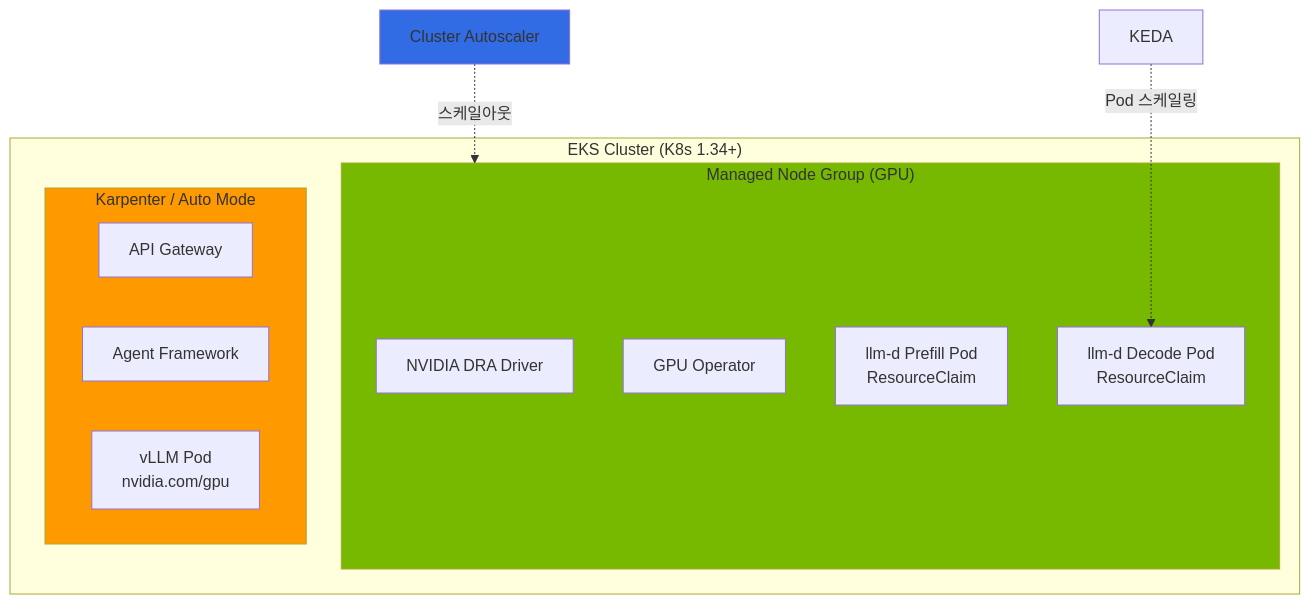
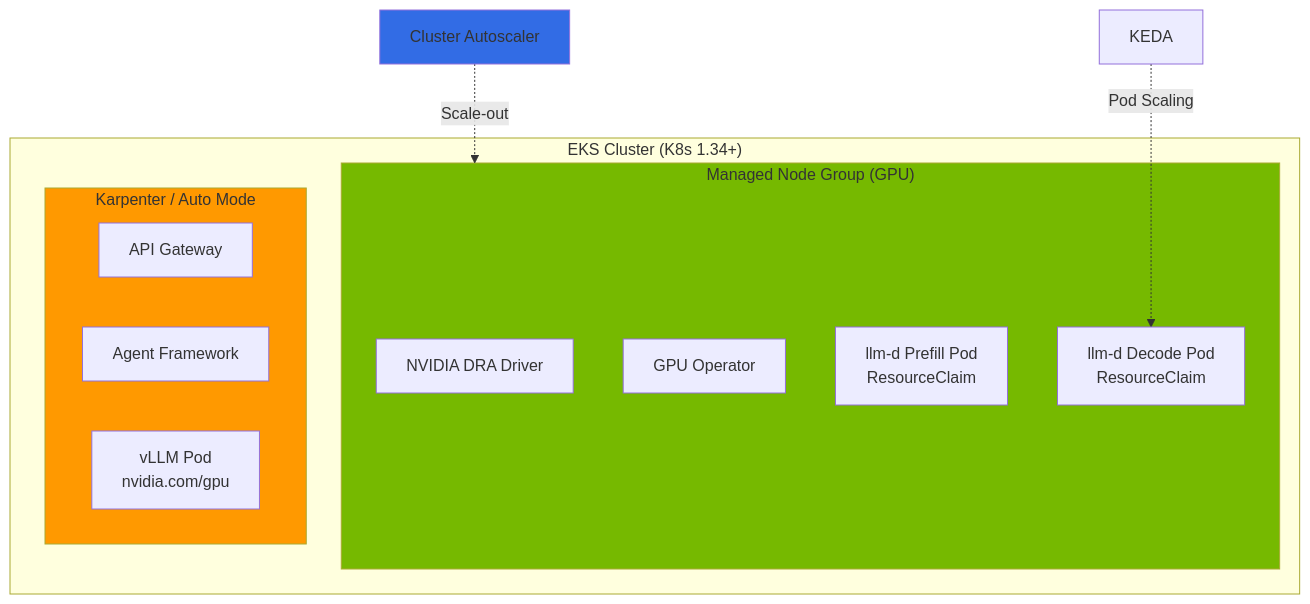
The second of 5 diagrams in docs/agentic-ai-platform/model-serving/gpu-infrastructure/eks-gpu-node-strategy.md (devfloor9/engineering-playbook), drawn with Mermaid before and after one commit. The commit also changed other lines of this file and 954 other files, not shown here.

````diff
--- a/docs/agentic-ai-platform/model-serving/gpu-infrastructure/eks-gpu-node-strategy.md
+++ b/docs/agentic-ai-platform/model-serving/gpu-infrastructure/eks-gpu-node-strategy.md
@@ -329,24 +287,24 @@
 ```mermaid
 flowchart TB
     subgraph Cluster["EKS Cluster (K8s 1.34+)"]
         subgraph MNG["Managed Node Group (GPU)"]
             DRA_D[NVIDIA DRA Driver]
             GPU_OP[GPU Operator]
             LLMD_P[llm-d Prefill Pod<br/>ResourceClaim]
             LLMD_D[llm-d Decode Pod<br/>ResourceClaim]
         end
 
         subgraph Karp["Karpenter / Auto Mode"]
             API[API Gateway]
             AGENT[Agent Framework]
             VLLM[vLLM Pod<br/>nvidia.com/gpu]
         end
     end
 
-    CA[Cluster Autoscaler] -.->|스케일아웃| MNG
-    KEDA_OP[KEDA] -.->|Pod 스케일링| LLMD_D
+    CA[Cluster Autoscaler] -.->|Scale-out| MNG
+    KEDA_OP[KEDA] -.->|Pod Scaling| LLMD_D
 
     style MNG fill:#76b900
     style Karp fill:#ff9900
     style CA fill:#326ce5
 ```
````
